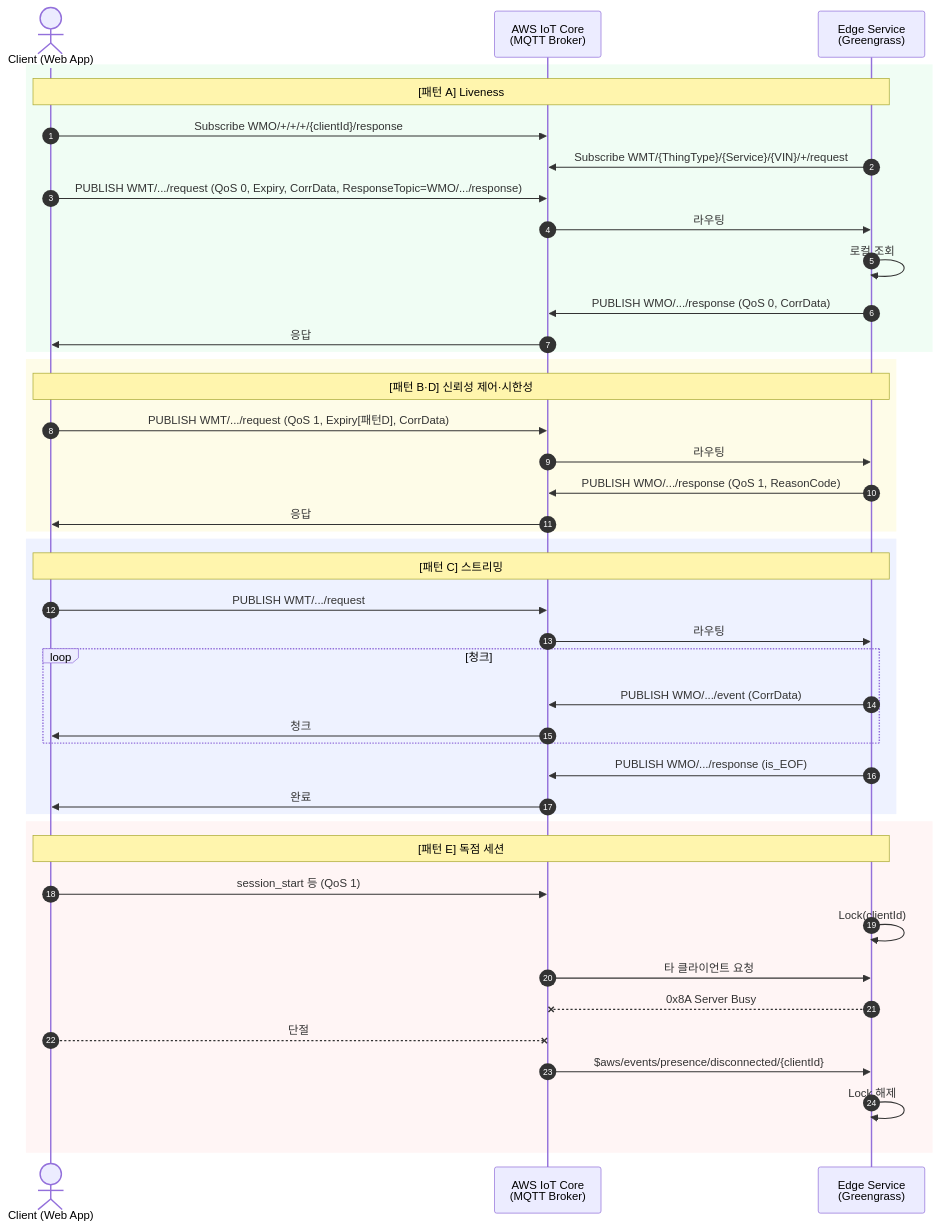
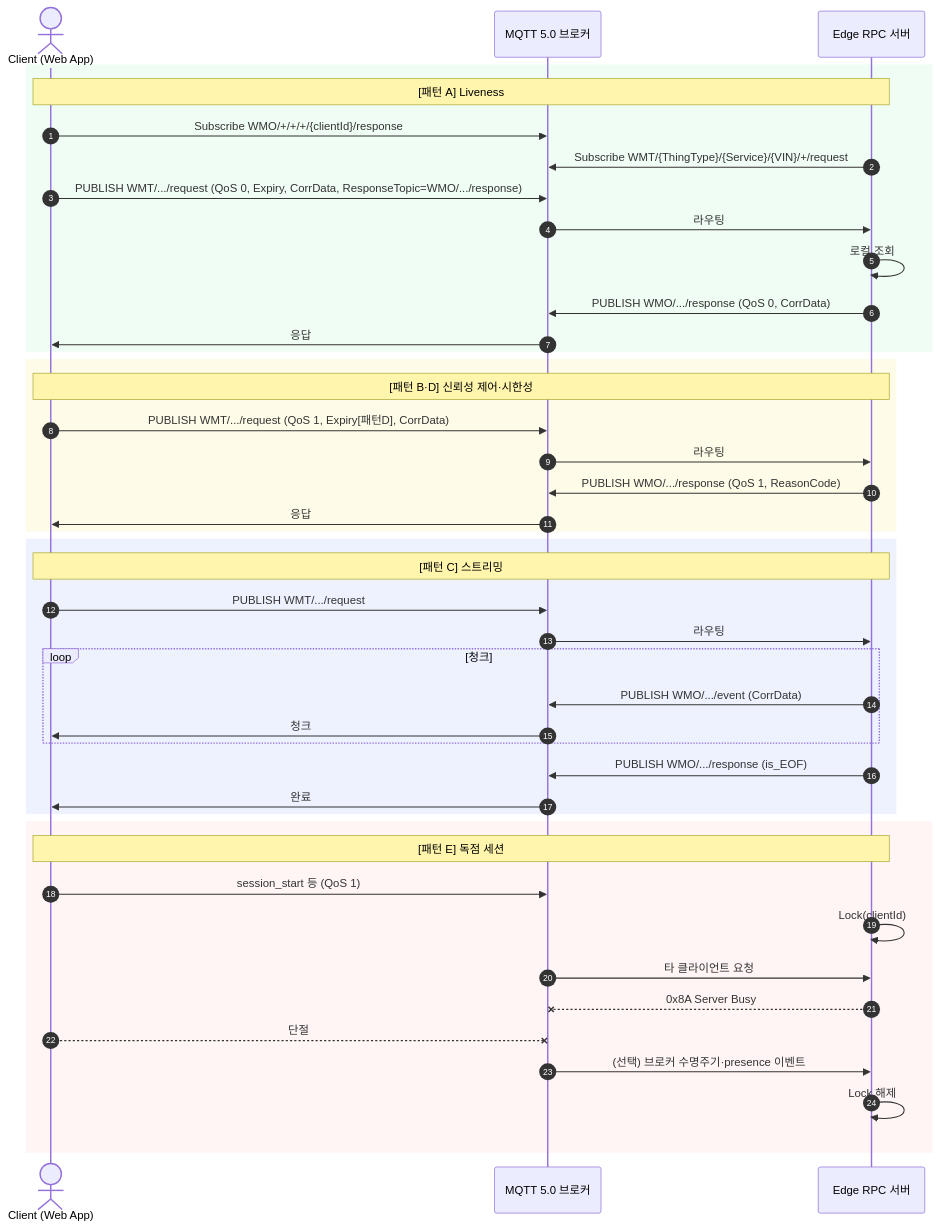
The diagram in docs/RPC 패턴.md (DongEunKim/MQTT-WSS-API), drawn with Mermaid before and after one commit. The commit also changed other lines of this file and 35 other files, not shown here.

First line of the commit message:
feat(sdk): 클라이언트 RPC API 정리 및 문서·예제 동기화

````diff
--- a/docs/RPC 패턴.md
+++ b/docs/RPC 패턴.md
@@ -1,50 +1,50 @@
 ```mermaid
 sequenceDiagram
     autonumber
 
     actor Client as Client (Web App)
-    participant IOT as AWS IoT Core<br/>(MQTT Broker)
-    participant Edge as Edge Service<br/>(Greengrass)
+    participant Broker as MQTT 5.0 브로커
+    participant Edge as Edge RPC 서버
 
     rect rgb(240, 253, 244)
     Note over Client, Edge: [패턴 A] Liveness
-    Client->>IOT: Subscribe WMO/+/+/+/{clientId}/response
-    Edge->>IOT: Subscribe WMT/{ThingType}/{Service}/{VIN}/+/request
-    Client->>IOT: PUBLISH WMT/.../request (QoS 0, Expiry, CorrData, ResponseTopic=WMO/.../response)
-    IOT->>Edge: 라우팅
+    Client->>Broker: Subscribe WMO/+/+/+/{clientId}/response
+    Edge->>Broker: Subscribe WMT/{ThingType}/{Service}/{VIN}/+/request
+    Client->>Broker: PUBLISH WMT/.../request (QoS 0, Expiry, CorrData, ResponseTopic=WMO/.../response)
+    Broker->>Edge: 라우팅
     Edge->>Edge: 로컬 조회
-    Edge->>IOT: PUBLISH WMO/.../response (QoS 0, CorrData)
-    IOT->>Client: 응답
+    Edge->>Broker: PUBLISH WMO/.../response (QoS 0, CorrData)
+    Broker->>Client: 응답
     end
 
     rect rgb(254, 252, 232)
     Note over Client, Edge: [패턴 B·D] 신뢰성 제어·시한성
-    Client->>IOT: PUBLISH WMT/.../request (QoS 1, Expiry[패턴D], CorrData)
-    IOT->>Edge: 라우팅
-    Edge->>IOT: PUBLISH WMO/.../response (QoS 1, ReasonCode)
-    IOT->>Client: 응답
+    Client->>Broker: PUBLISH WMT/.../request (QoS 1, Expiry[패턴D], CorrData)
+    Broker->>Edge: 라우팅
+    Edge->>Broker: PUBLISH WMO/.../response (QoS 1, ReasonCode)
+    Broker->>Client: 응답
     end
 
     rect rgb(238, 242, 255)
     Note over Client, Edge: [패턴 C] 스트리밍
-    Client->>IOT: PUBLISH WMT/.../request
-    IOT->>Edge: 라우팅
+    Client->>Broker: PUBLISH WMT/.../request
+    Broker->>Edge: 라우팅
     loop 청크
-        Edge->>IOT: PUBLISH WMO/.../event (CorrData)
-        IOT->>Client: 청크
+        Edge->>Broker: PUBLISH WMO/.../event (CorrData)
+        Broker->>Client: 청크
     end
-    Edge->>IOT: PUBLISH WMO/.../response (is_EOF)
-    IOT->>Client: 완료
+    Edge->>Broker: PUBLISH WMO/.../response (is_EOF)
+    Broker->>Client: 완료
     end
 
     rect rgb(255, 245, 245)
     Note over Client, Edge: [패턴 E] 독점 세션
-    Client->>IOT: session_start 등 (QoS 1)
+    Client->>Broker: session_start 등 (QoS 1)
     Edge->>Edge: Lock(clientId)
-    IOT->>Edge: 타 클라이언트 요청
-    Edge--xIOT: 0x8A Server Busy
-    Client--xIOT: 단절
-    IOT->>Edge: $aws/events/presence/disconnected/{clientId}
+    Broker->>Edge: 타 클라이언트 요청
+    Edge--xBroker: 0x8A Server Busy
+    Client--xBroker: 단절
+    Broker->>Edge: (선택) 브로커 수명주기·presence 이벤트
     Edge->>Edge: Lock 해제
     end
 ```
````
